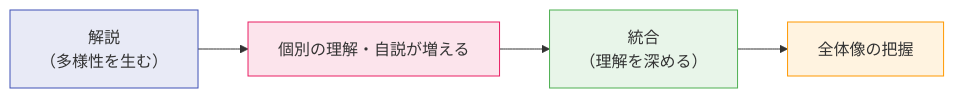
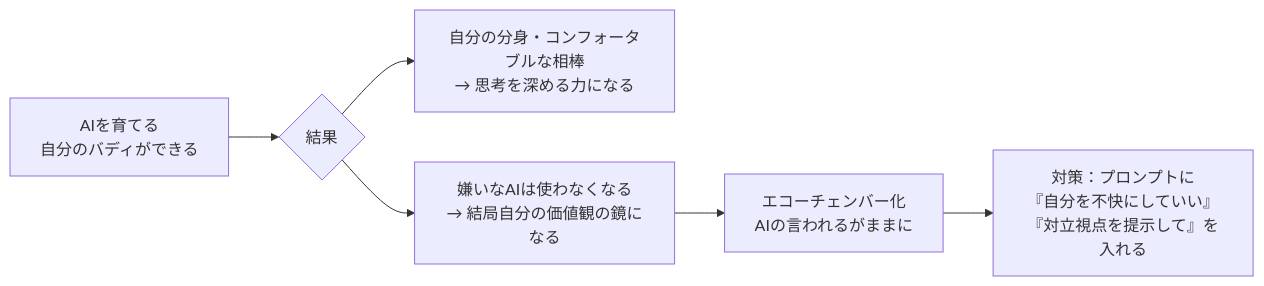
The seventh of 8 diagrams in 第2回_かえつ有明AI研修.md (VOMOYA/kaetsu-ai-kenshu), drawn with Mermaid before and after one commit. The commit also changed other lines of this file, not shown here.

````diff
--- a/第2回_かえつ有明AI研修.md
+++ b/第2回_かえつ有明AI研修.md
@@ -52,11 +207,8 @@
 ```mermaid
-flowchart LR
-    A["解説<br/>（多様性を生む）"] --> B["個別の理解・自説が増える"]
-    B --> C["統合<br/>（理解を深める）"]
-    C --> D["全体像の把握"]
-
-    style A fill:#e8eaf6,stroke:#3f51b5
-    style B fill:#fce4ec,stroke:#e91e63
-    style C fill:#e8f5e9,stroke:#4caf50
-    style D fill:#fff3e0,stroke:#ff9800
+graph LR
+    A["AIを育てる<br/>自分のバディができる"] --> B{結果}
+    B --> C["自分の分身・コンフォータブルな相棒<br/>→ 思考を深める力になる"]
+    B --> D["嫌いなAIは使わなくなる<br/>→ 結局自分の価値観の鏡になる"]
+    D --> E["エコーチェンバー化<br/>AIの言われるがままに"]
+    E --> F["対策：プロンプトに<br/>『自分を不快にしていい』<br/>『対立視点を提示して』を入れる"]
 ```
````
